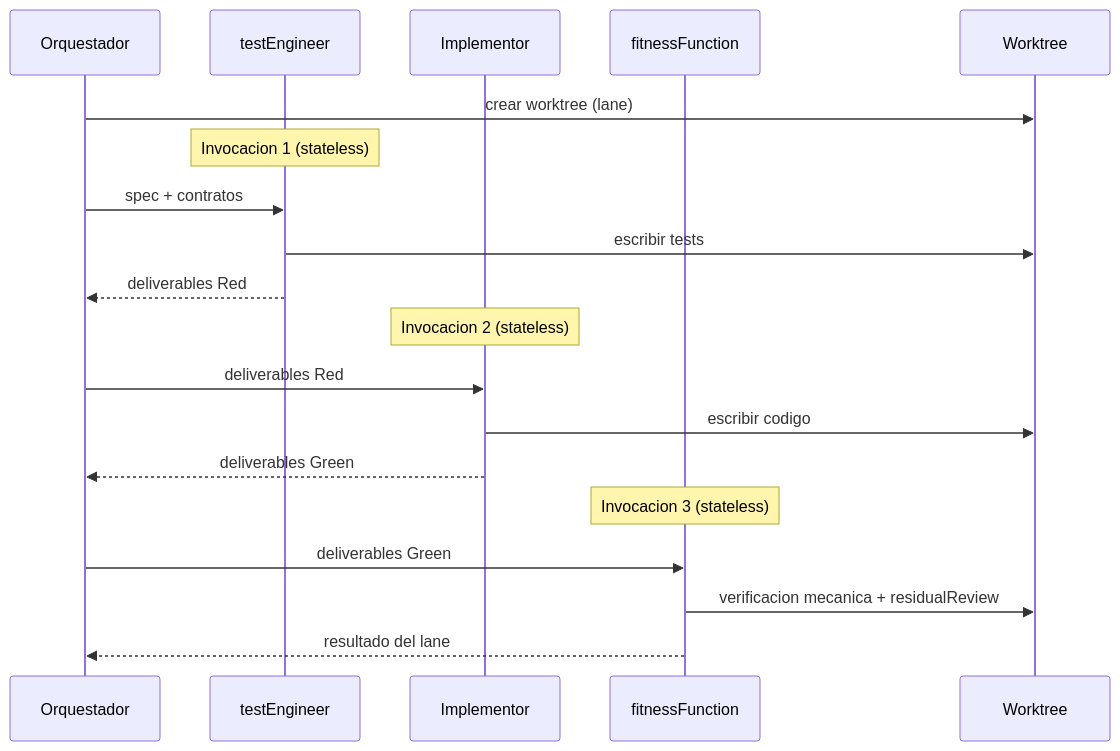
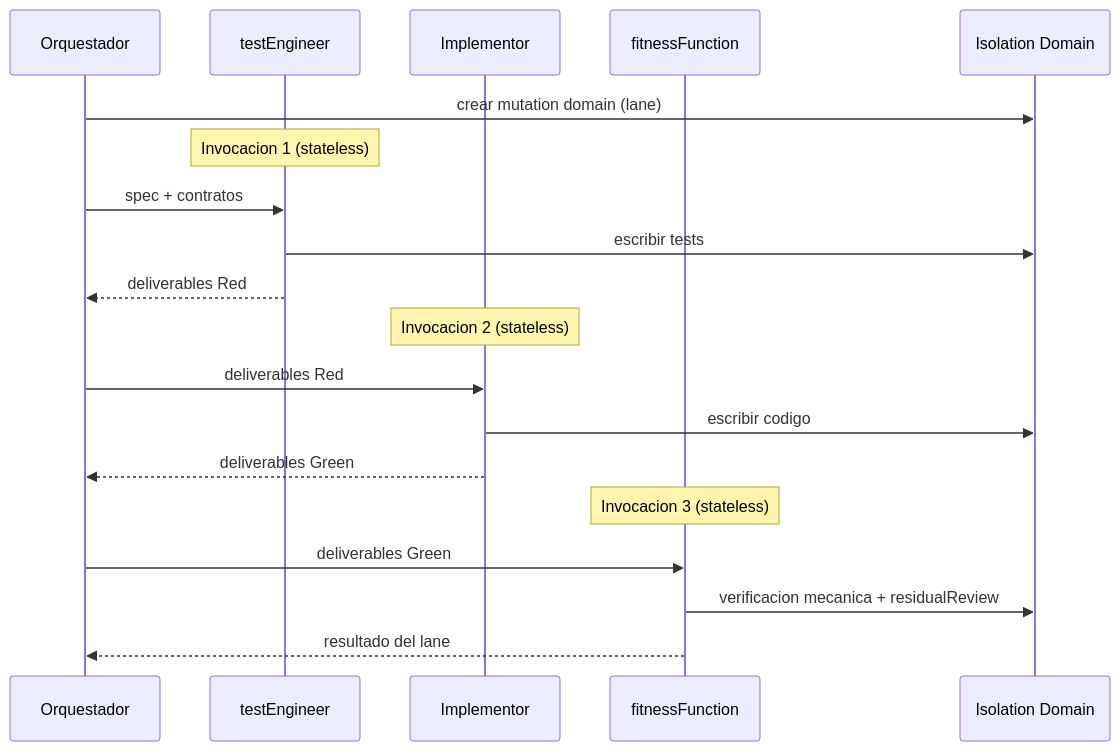
Diagram 16 of 48 in principia/overview.md (virgenherrera/virgil), drawn with Mermaid before and after one commit. The commit also changed other lines of this file, not shown here.

````diff
--- a/principia/overview.md
+++ b/principia/overview.md
@@ -627,25 +674,25 @@
 ```mermaid
 sequenceDiagram
     participant ORCH as Orquestador
     participant TE as testEngineer
     participant IMPL as Implementor
     participant FF as fitnessFunction
-    participant WT as Worktree
+    participant WT as Isolation Domain
 
-    ORCH->>WT: crear worktree (lane)
+    ORCH->>WT: crear mutation domain (lane)
 
     Note over TE: Invocacion 1 (stateless)
     ORCH->>TE: spec + contratos
     TE->>WT: escribir tests
     TE-->>ORCH: deliverables Red
 
     Note over IMPL: Invocacion 2 (stateless)
     ORCH->>IMPL: deliverables Red
     IMPL->>WT: escribir codigo
     IMPL-->>ORCH: deliverables Green
 
     Note over FF: Invocacion 3 (stateless)
     ORCH->>FF: deliverables Green
     FF->>WT: verificacion mecanica + residualReview
     FF-->>ORCH: resultado del lane
 ```
````
